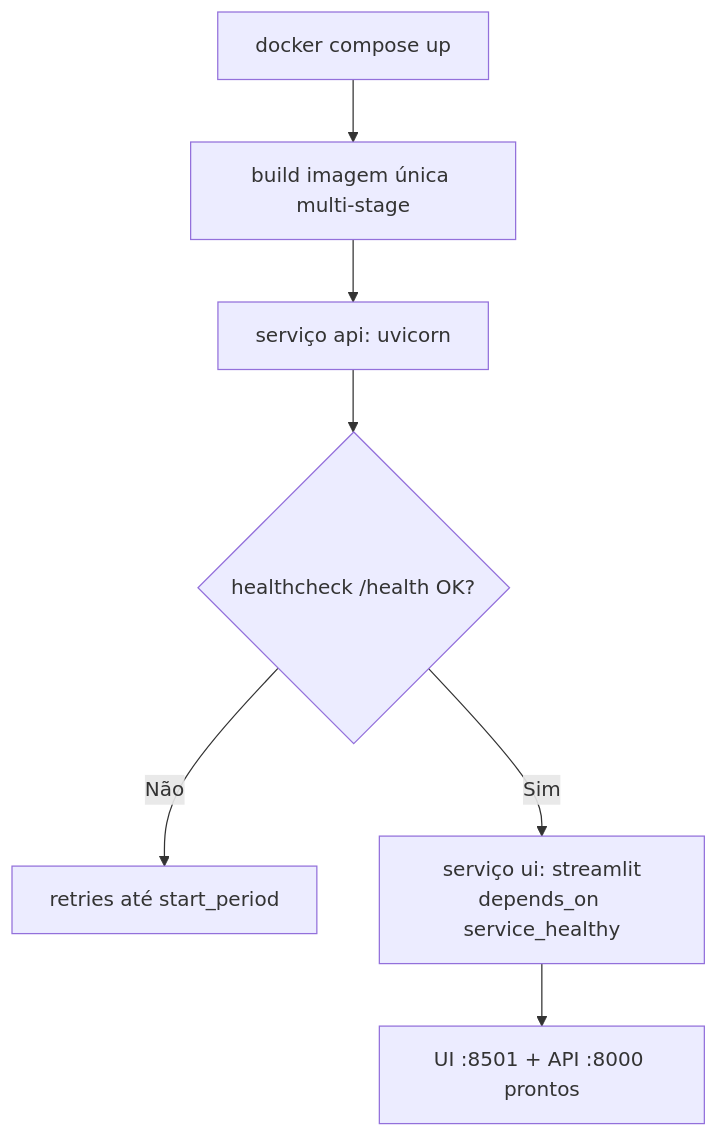
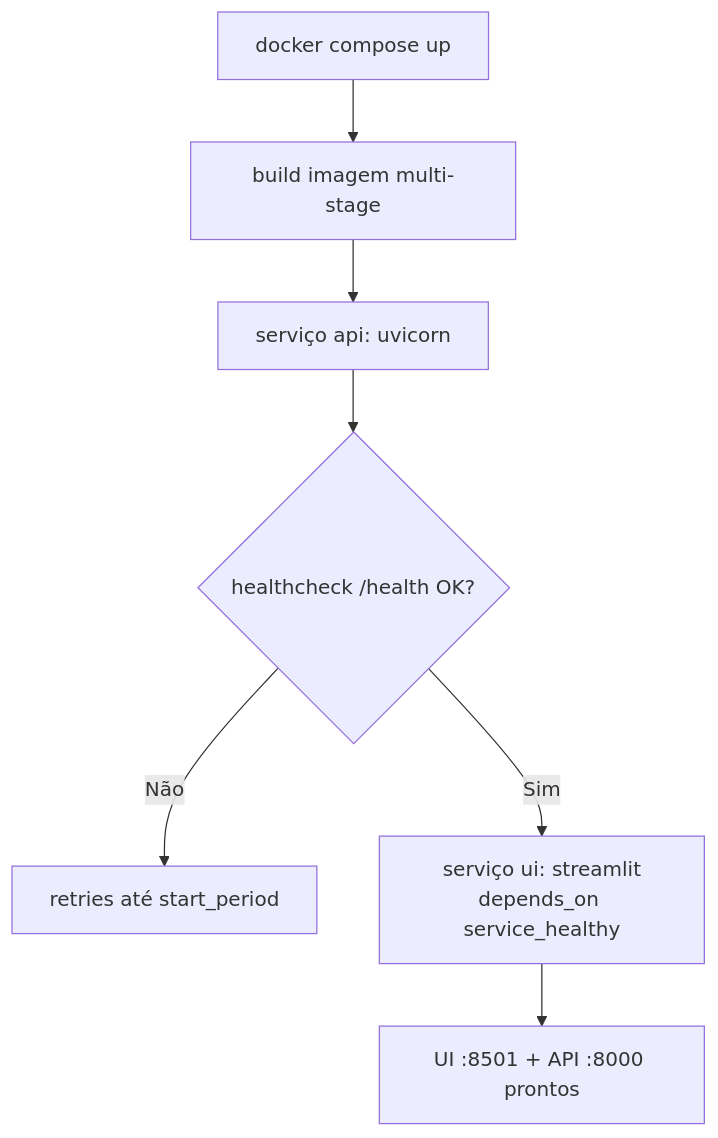
The third of 3 diagrams in docs/fluxogramas/parte-4-observabilidade.md (holdenoffmenn/desafio-t4h), drawn with Mermaid before and after one commit. The commit also changed other lines of this file and 1 other file, not shown here.

First line of the commit message:
docs: finalize delivery README and Part 4 flowcharts

````diff
--- a/docs/fluxogramas/parte-4-observabilidade.md
+++ b/docs/fluxogramas/parte-4-observabilidade.md
@@ -42,9 +48,9 @@
 ```mermaid
 flowchart TD
-    A[docker compose up] --> B[build imagem única multi-stage]
+    A[docker compose up] --> B[build imagem multi-stage]
     B --> API[serviço api: uvicorn]
     API --> HC{healthcheck /health OK?}
     HC -- Não --> RETRY[retries até start_period]
     HC -- Sim --> UI[serviço ui: streamlit<br/>depends_on service_healthy]
     UI --> READY[UI :8501 + API :8000 prontos]
 ```
````
